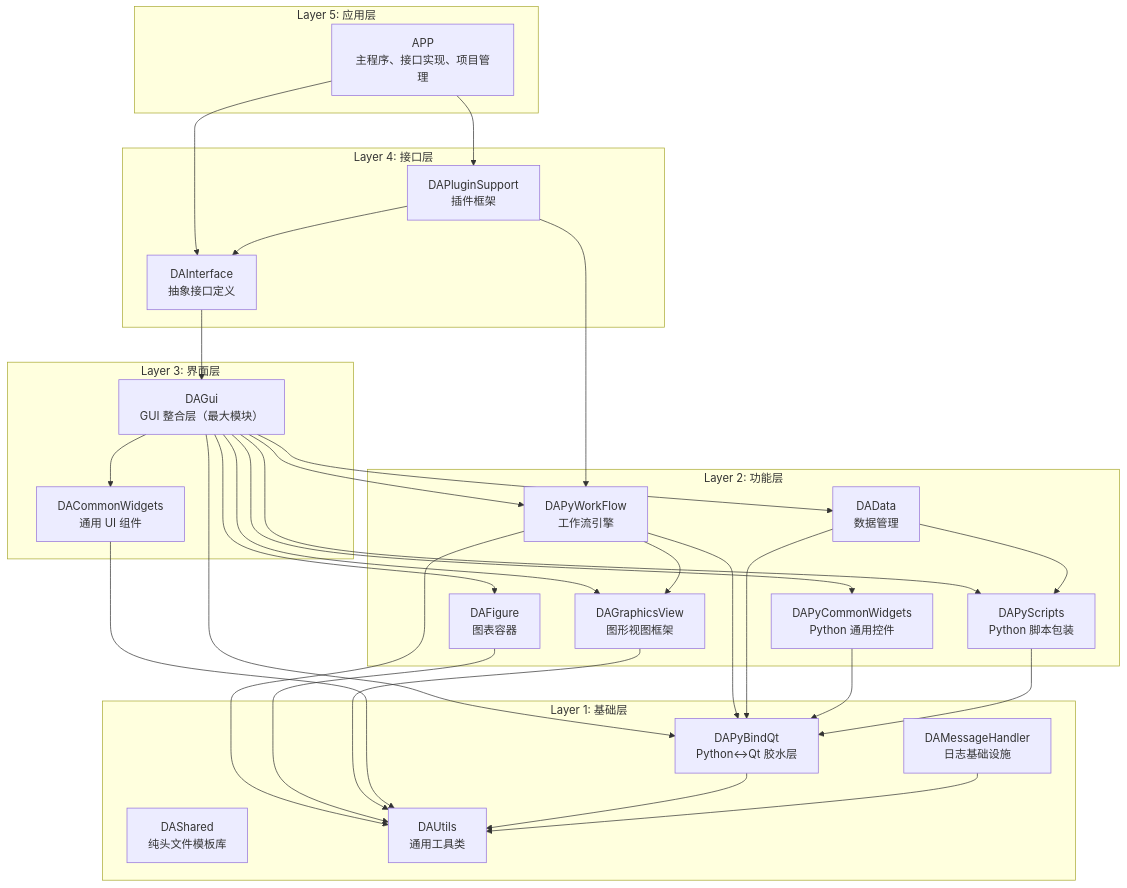
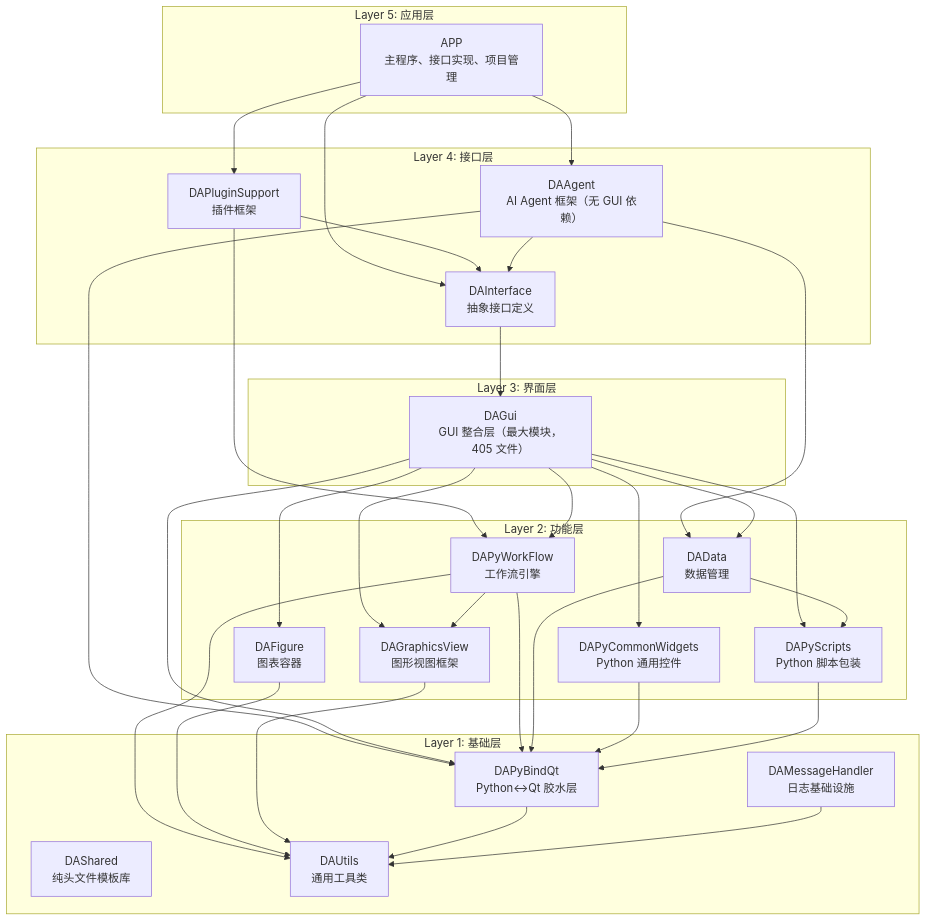
One commit to czyt1988/data-workbench changed the first of 5 diagrams in docs/zh/dev-guide/architecture.md. Above: the diagram before and after it, drawn with Mermaid. The commit also changed other lines of this file and 69 other files, not shown here.

````diff
--- a/docs/zh/dev-guide/architecture.md
+++ b/docs/zh/dev-guide/architecture.md
@@ -12,54 +12,56 @@
 ```mermaid
 graph TB
     subgraph L5["Layer 5: 应用层"]
         APP["APP<br/>主程序、接口实现、项目管理"]
     end
     subgraph L4["Layer 4: 接口层"]
         DAI["DAInterface<br/>抽象接口定义"]
         DAPS["DAPluginSupport<br/>插件框架"]
+        DAAG["DAAgent<br/>AI Agent 框架（无 GUI 依赖）"]
     end
     subgraph L3["Layer 3: 界面层"]
-        DAGui["DAGui<br/>GUI 整合层（最大模块）"]
-        DACW["DACommonWidgets<br/>通用 UI 组件"]
+        DAGui["DAGui<br/>GUI 整合层（最大模块，405 文件）"]
     end
     subgraph L2["Layer 2: 功能层"]
         DAD["DAData<br/>数据管理"]
         DAF["DAFigure<br/>图表容器"]
         DAPW["DAPyWorkFlow<br/>工作流引擎"]
         DAGV["DAGraphicsView<br/>图形视图框架"]
         DAPS2["DAPyScripts<br/>Python 脚本包装"]
         DAPCW["DAPyCommonWidgets<br/>Python 通用控件"]
     end
     subgraph L1["Layer 1: 基础层"]
         DAS["DAShared<br/>纯头文件模板库"]
         DAU["DAUtils<br/>通用工具类"]
         DAMH["DAMessageHandler<br/>日志基础设施"]
         DAPBQ["DAPyBindQt<br/>Python↔Qt 胶水层"]
     end
 
     APP --> DAI
     APP --> DAPS
+    APP --> DAAG
     DAI --> DAGui
     DAPS --> DAI
     DAPS --> DAPW
+    DAAG --> DAI
+    DAAG --> DAD
+    DAAG --> DAPBQ
     DAGui --> DAD
     DAGui --> DAF
     DAGui --> DAPW
     DAGui --> DAGV
-    DAGui --> DACW
     DAGui --> DAPBQ
     DAGui --> DAPS2
     DAGui --> DAPCW
     DAPW --> DAGV
     DAPW --> DAPBQ
     DAPW --> DAU
     DAD --> DAPBQ
     DAD --> DAPS2
     DAF --> DAU
     DAGV --> DAU
-    DACW --> DAU
     DAPCW --> DAPBQ
     DAPS2 --> DAPBQ
     DAPBQ --> DAU
     DAMH --> DAU
 ```
````
